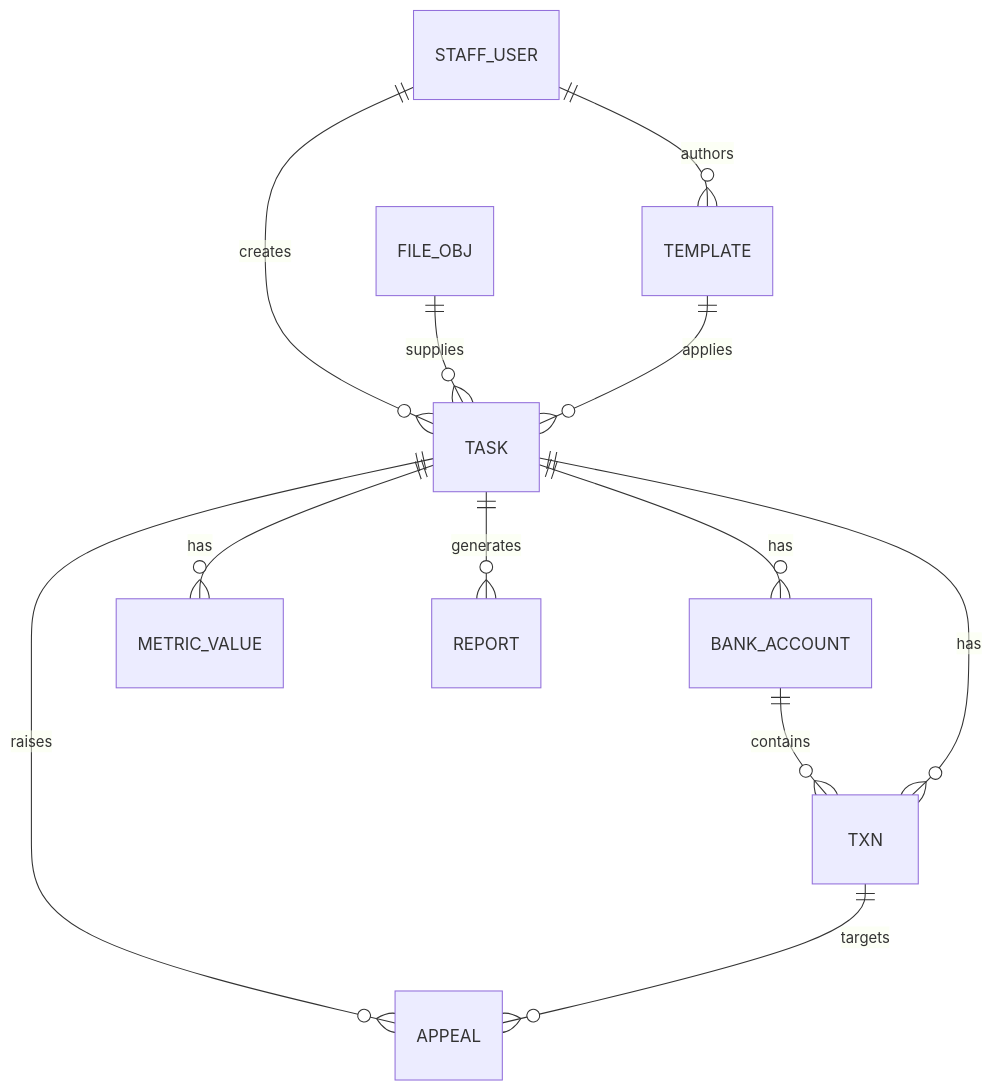
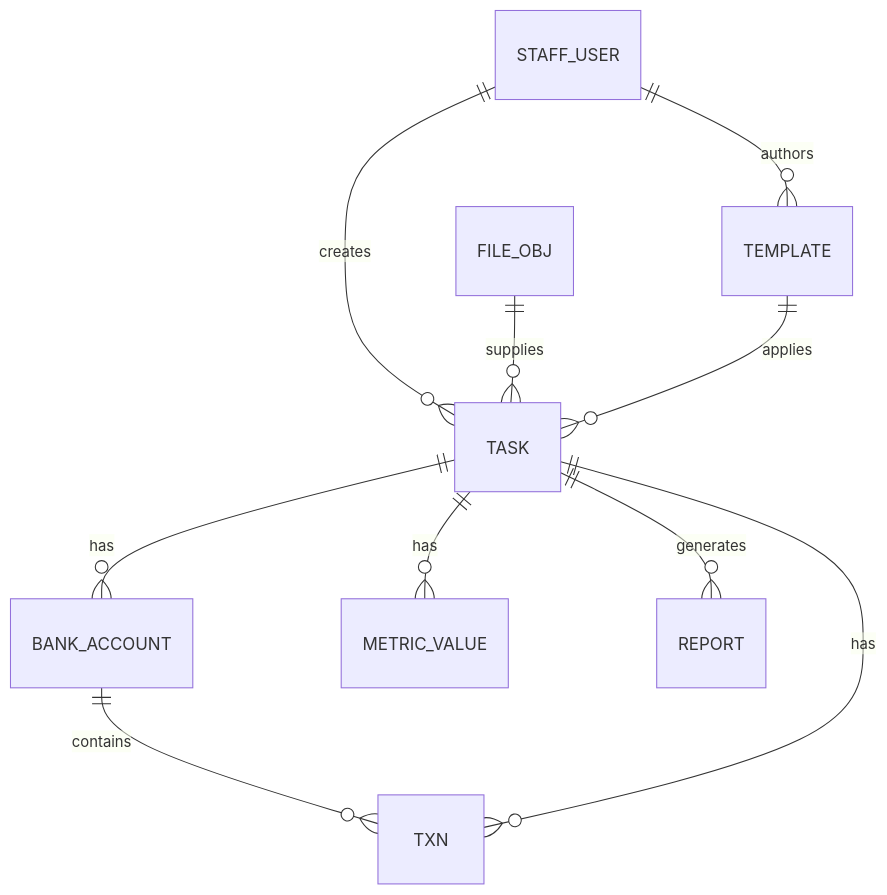
Before and after one commit to 13356337137-wq/risk_control_project1: diagram 17 of 19 in 方案设计/产品设计文档.md, drawn with Mermaid. The commit also changed other lines of this file and 24 other files, not shown here.

First line of the commit message:
feat: 契约变更（txn 四列 / 删 appeal / report 版本号）与结果展示页

````diff
--- a/方案设计/产品设计文档.md
+++ b/方案设计/产品设计文档.md
@@ -544,14 +544,12 @@
 ```mermaid
 erDiagram
     STAFF_USER ||--o{ TASK : creates
     STAFF_USER ||--o{ TEMPLATE : authors
     FILE_OBJ ||--o{ TASK : supplies
     TEMPLATE ||--o{ TASK : applies
     TASK ||--o{ BANK_ACCOUNT : has
     BANK_ACCOUNT ||--o{ TXN : contains
     TASK ||--o{ TXN : has
     TASK ||--o{ METRIC_VALUE : has
     TASK ||--o{ REPORT : generates
-    TASK ||--o{ APPEAL : raises
-    TXN ||--o{ APPEAL : targets
 ```
````
